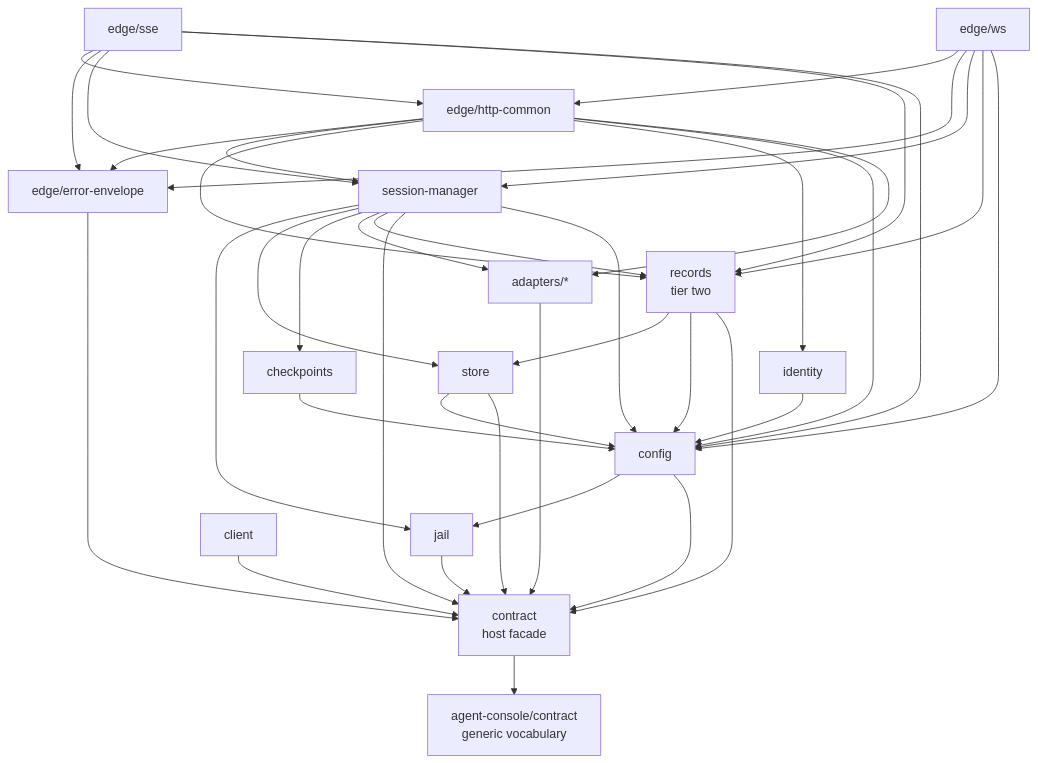
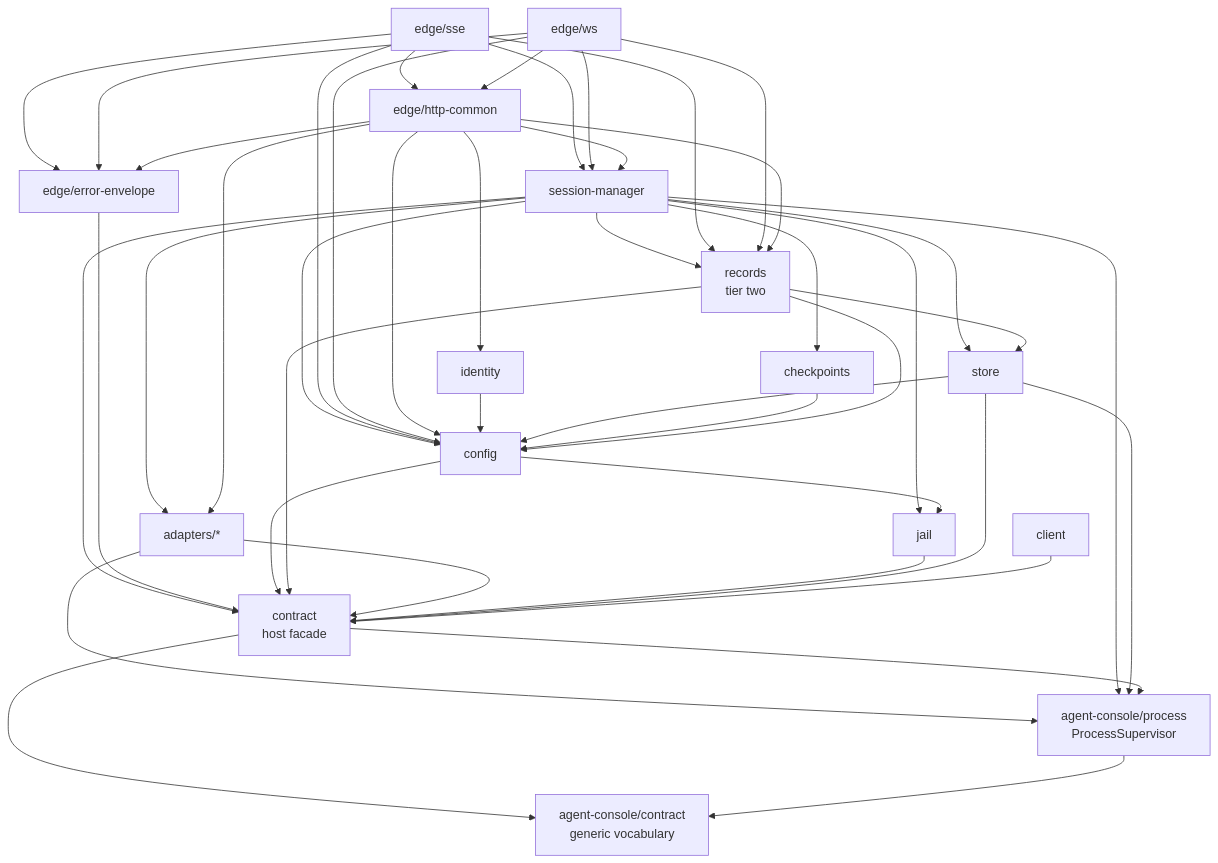
The second of 2 diagrams in design/10-design.md (The-Running-Dev/SubZeroDev.SkyNetHR), drawn with Mermaid before and after one commit. The commit also changed other lines of this file and 23 other files, not shown here.

First line of the commit message:
Extract AgentConsole Phase 3 ProcessSupervisor (#366)

````diff
--- a/design/10-design.md
+++ b/design/10-design.md
@@ -1001,56 +1001,62 @@
 ```mermaid
 flowchart TD
     CT["contract<br/>host facade"]
     AC["agent-console/contract<br/>generic vocabulary"]
     CF["config"]
     ID["identity"]
     JL["jail"]
     ST["store"]
     CK["checkpoints"]
     AD["adapters/*"]
+    PS["agent-console/process<br/>ProcessSupervisor"]
     RC["records<br/>tier two"]
     SM["session-manager"]
     HC["edge/http-common"]
     EE["edge/error-envelope"]
     EH["edge/sse"]
     EW["edge/ws"]
     CL["client"]
 
     CT --> AC
     SM --> JL
     SM --> ST
     SM --> CK
     SM --> AD
     SM --> RC
     SM --> CT
     SM --> CF
     EH --> HC
     EH --> EE
     EH --> SM
     EH --> RC
     EH --> CF
     EW --> HC
     EW --> EE
     EW --> SM
     EW --> RC
     EW --> CF
     HC --> EE
     HC --> SM
     HC --> RC
     HC --> ID
     HC --> CF
     HC --> AD
     EE --> CT
     ID --> CF
     CF --> JL
     CF --> CT
     ST --> CF
     CK --> CF
     RC --> ST
     RC --> CF
     RC --> CT
     AD --> CT
+    AD --> PS
+    SM --> PS
+    ST --> PS
+    CT --> PS
+    PS --> AC
     JL --> CT
     ST --> CT
     CL --> CT
 ```
````
